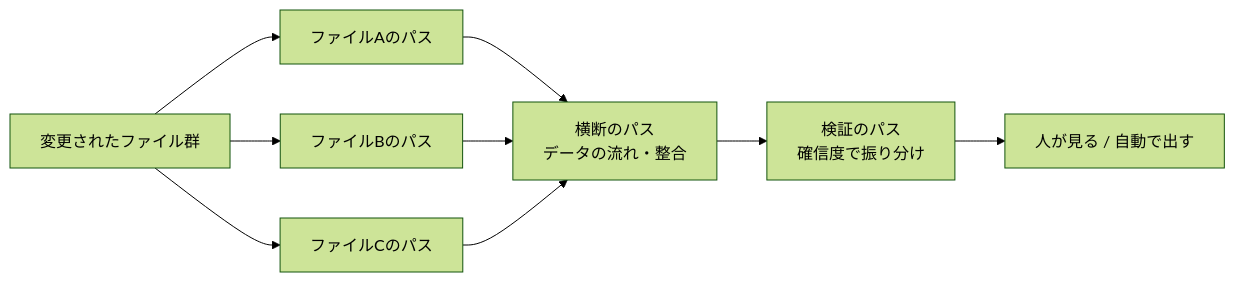
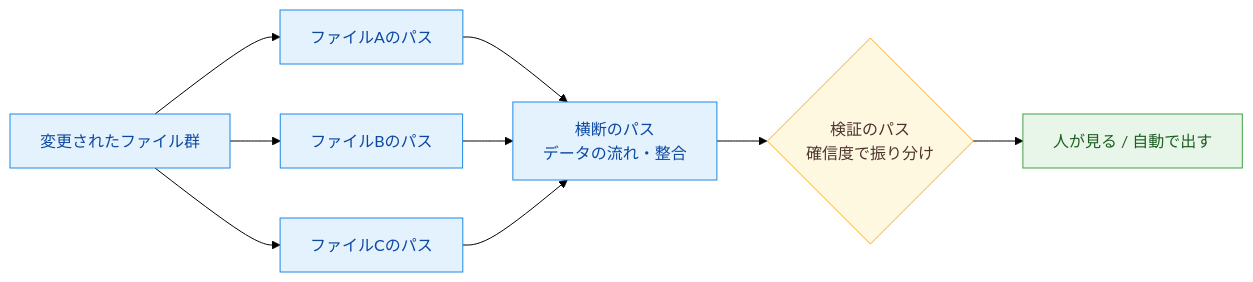
Before and after one commit to yuya-take/yuya-exam-notes: the diagram in ccaf/notes/04-prompt-engineering/independent-multipass-review.md, drawn with Mermaid (forest theme). The commit also changed other lines of this file and 50 other files, not shown here.

````diff
--- a/ccaf/notes/04-prompt-engineering/independent-multipass-review.md
+++ b/ccaf/notes/04-prompt-engineering/independent-multipass-review.md
@@ -19,9 +14,15 @@
 ```mermaid
 flowchart LR
   D[変更されたファイル群] --> P1[ファイルAのパス]
   D --> P2[ファイルBのパス]
   D --> P3[ファイルCのパス]
-  P1 & P2 & P3 --> I[横断のパス<br/>データの流れ・整合]
-  I --> V[検証のパス<br/>確信度で振り分け]
+  P1 & P2 & P3 --> I["横断のパス<br/>データの流れ・整合"]
+  I --> V{"検証のパス<br/>確信度で振り分け"}
   V --> H[人が見る / 自動で出す]
+  classDef run fill:#e3f2fd,stroke:#1e88e5,color:#0d47a1
+  classDef judge fill:#fff8e1,stroke:#f9a825,color:#4e342e
+  classDef done fill:#e8f5e9,stroke:#43a047,color:#1b5e20
+  class D,P1,P2,P3,I run
+  class V judge
+  class H done
 ```
````
